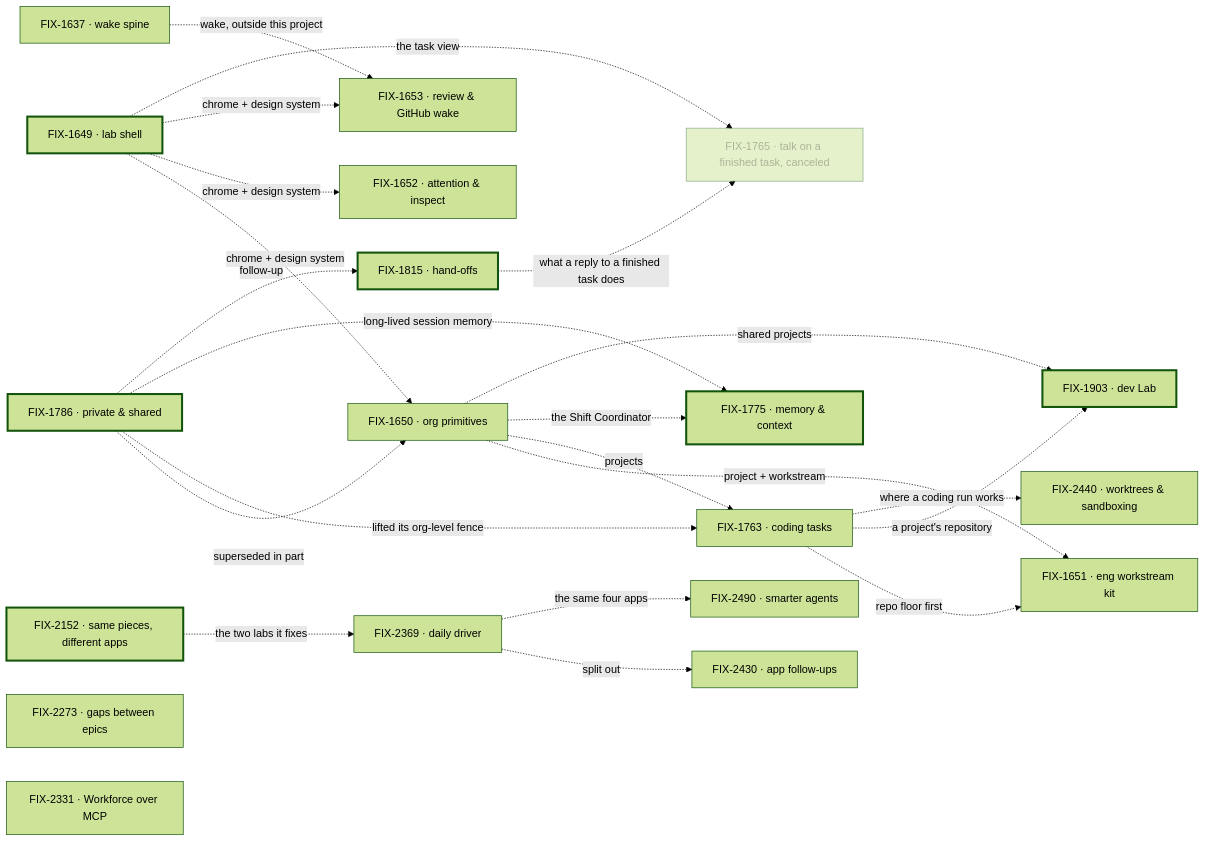
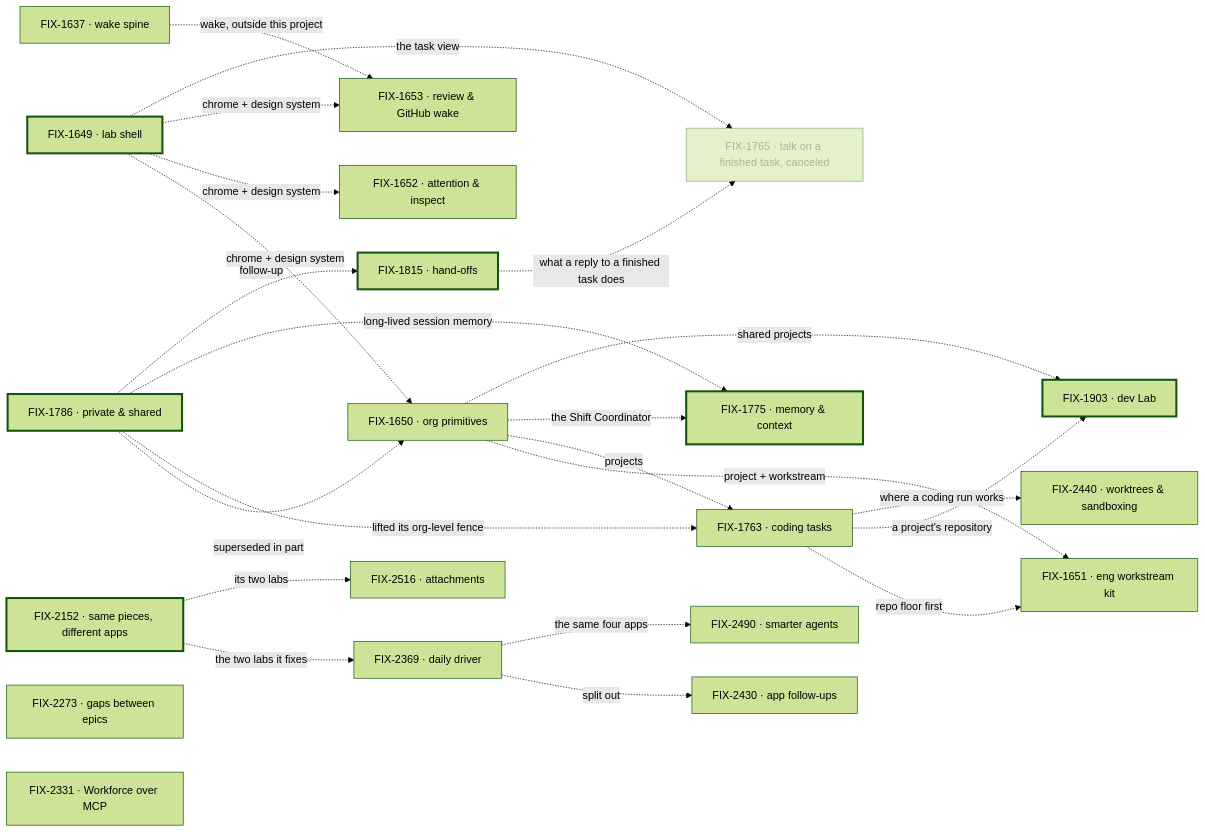
One commit to fixpoint-labs/flow-state-dev changed the diagram in spec/_projects/workforce-app-lab/SPEC.md. Above: the diagram before and after it, drawn with Mermaid (forest theme). The commit also changed other lines of this file and 2 other files, not shown here.

````diff
--- a/spec/_projects/workforce-app-lab/SPEC.md
+++ b/spec/_projects/workforce-app-lab/SPEC.md
@@ -55,30 +56,31 @@
 ```mermaid
 flowchart LR
   S["FIX-1649 · lab shell"] -.->|"chrome + design system"| O["FIX-1650 · org primitives"]
   S -.->|"chrome + design system"| A["FIX-1652 · attention & inspect"]
   S -.->|"chrome + design system"| R["FIX-1653 · review & GitHub wake"]
   W["FIX-1637 · wake spine"] -.->|"wake, outside this project"| R
   S -.->|"the task view"| T["FIX-1765 · talk on a finished task, canceled"]
   O -.->|"project + workstream"| E["FIX-1651 · eng workstream kit"]
   O -.->|"projects"| C["FIX-1763 · coding tasks"]
   O -.->|"the Shift Coordinator"| M["FIX-1775 · memory & context"]
   C -.->|"repo floor first"| E
   X["FIX-1786 · private & shared"] -.->|"superseded in part"| O
   X -.->|"lifted its org-level fence"| C
   X -.->|"long-lived session memory"| M
   X -.->|"follow-up"| H["FIX-1815 · hand-offs"]
   H -.->|"what a reply to a finished task does"| T
   C -.->|"a project's repository"| D["FIX-1903 · dev Lab"]
   O -.->|"shared projects"| D
   L["FIX-2152 · same pieces, different apps"]
   G["FIX-2273 · gaps between epics"]
   P["FIX-2331 · Workforce over MCP"]
   L -.->|"the two labs it fixes"| Z["FIX-2369 · daily driver"]
   Z -.->|"split out"| F["FIX-2430 · app follow-ups"]
   C -.->|"where a coding run works"| K["FIX-2440 · worktrees & sandboxing"]
   Z -.->|"the same four apps"| N["FIX-2490 · smarter agents"]
+  L -.->|"its two labs"| Q["FIX-2516 · attachments"]
   classDef done stroke-width:3px
   classDef dropped opacity:0.5
   class S,M,H,D,X,L done
   class T dropped
 ```
````
